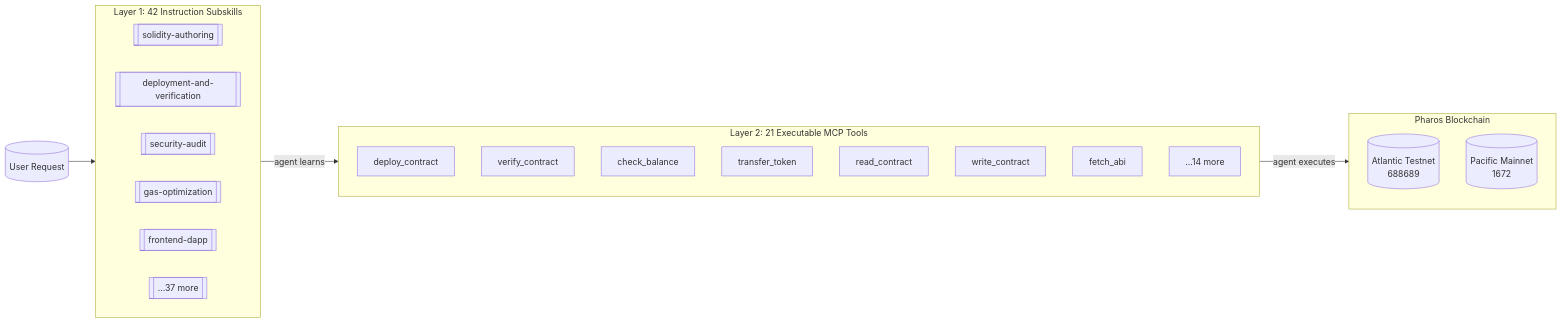
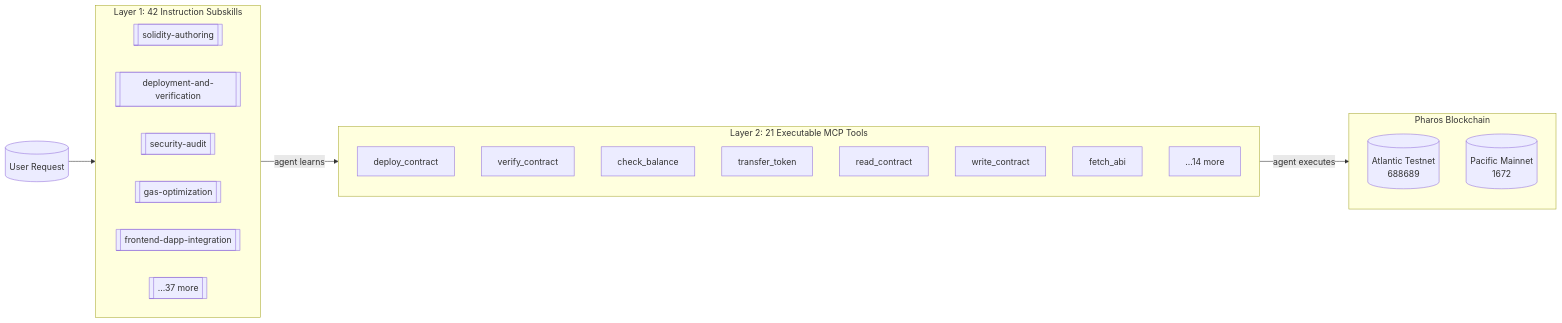
One commit to tejas0111/Pharos changed the diagram in README.md. Above: the diagram before and after it, drawn with Mermaid. The commit also changed other lines of this file, not shown here.

Commit message:
docs: hackathon-optimized README with judging rubric, demo flow, architecture

````diff
--- a/README.md
+++ b/README.md
@@ -19,29 +73,29 @@
 ```mermaid
 flowchart LR
     subgraph L1["Layer 1: 42 Instruction Subskills"]
         direction LR
         S1[[solidity-authoring]]
         S2[[deployment-and-verification]]
         S3[[security-audit]]
         S4[[gas-optimization]]
-        S5[[frontend-dapp]]
+        S5[[frontend-dapp-integration]]
         S6[[...37 more]]
     end
     subgraph L2["Layer 2: 21 Executable MCP Tools"]
         T1[deploy_contract]
         T2[verify_contract]
         T3[check_balance]
         T4[transfer_token]
         T5[read_contract]
         T6[write_contract]
         T7[fetch_abi]
         T8[...14 more]
     end
     subgraph BC["Pharos Blockchain"]
         AT[("Atlantic Testnet<br/>688689")]
         PM[("Pacific Mainnet<br/>1672")]
     end
     REQ[("User Request")] --> L1
     L1 -->|agent learns| L2
     L2 -->|agent executes| BC
 ```
````
